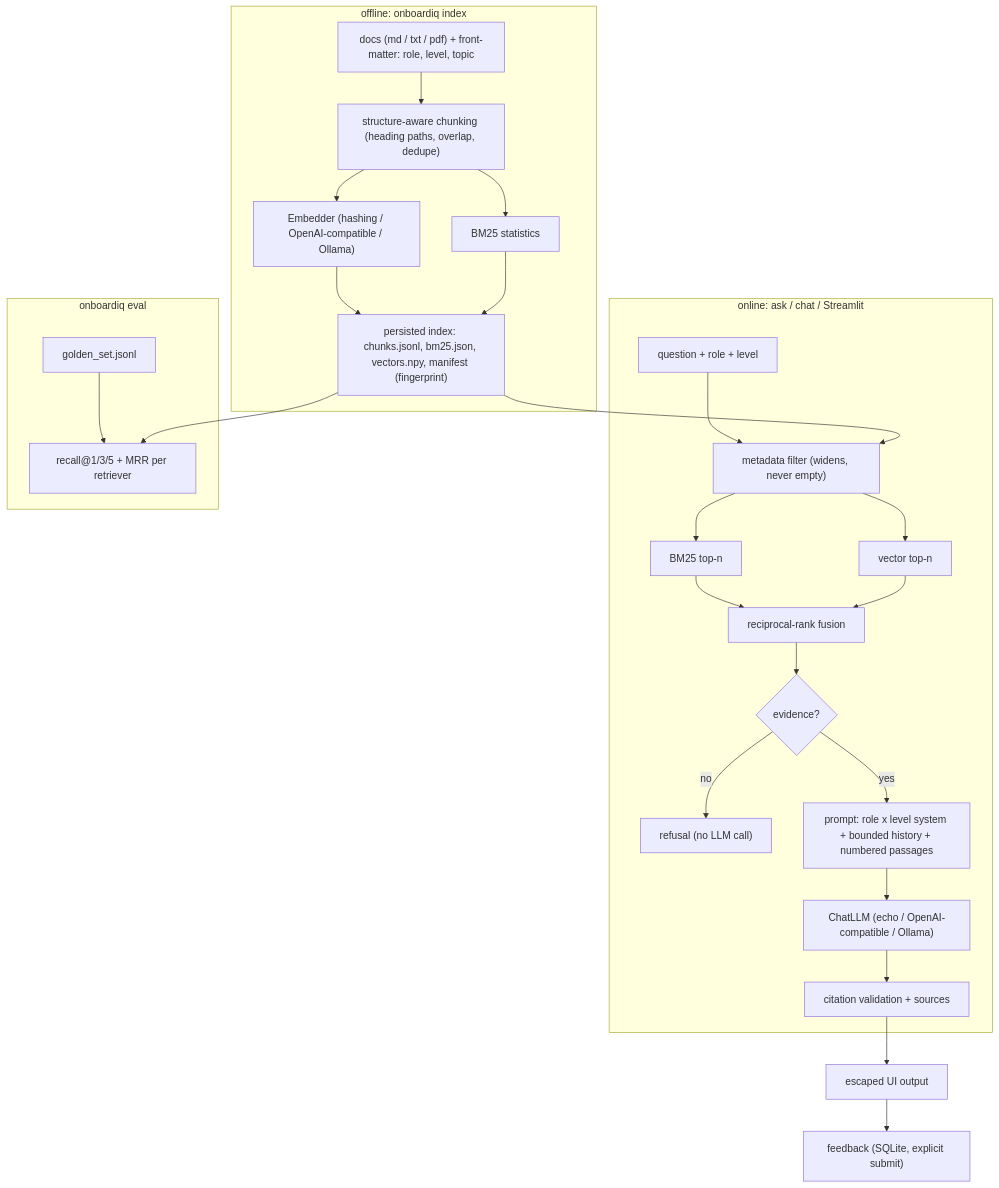
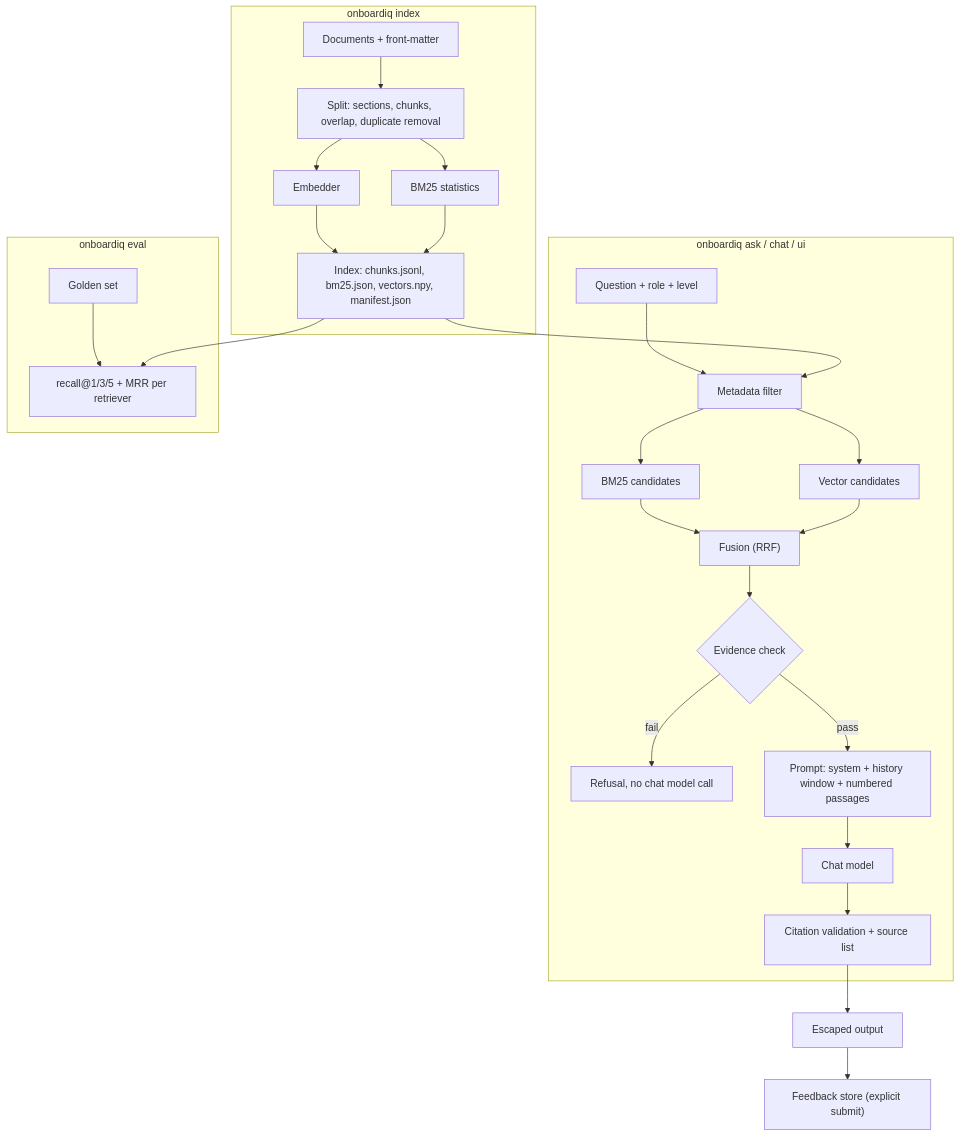
The third of 3 diagrams in README.md (KrishnaAnnavaram/onboardiq), drawn with Mermaid before and after one commit. The commit also changed other lines of this file and 3 other files, not shown here.

````diff
--- a/README.md
+++ b/README.md
@@ -23,29 +226,29 @@
 ```mermaid
 flowchart TB
-  subgraph ingest["offline: onboardiq index"]
-    D["docs (md / txt / pdf) + front-matter: role, level, topic"] --> C["structure-aware chunking (heading paths, overlap, dedupe)"]
-    C --> E["Embedder (hashing / OpenAI-compatible / Ollama)"]
-    C --> B["BM25 statistics"]
-    E --> S["persisted index: chunks.jsonl, bm25.json, vectors.npy, manifest (fingerprint)"]
-    B --> S
-  end
-  subgraph online["online: ask / chat / Streamlit"]
-    Q["question + role + level"] --> F["metadata filter (widens, never empty)"]
-    S --> F
-    F --> R1["BM25 top-n"]
-    F --> R2["vector top-n"]
-    R1 --> RRF["reciprocal-rank fusion"]
-    R2 --> RRF
-    RRF --> EV{"evidence?"}
-    EV -->|"no"| REF["refusal (no LLM call)"]
-    EV -->|"yes"| P["prompt: role x level system + bounded history + numbered passages"]
-    P --> L["ChatLLM (echo / OpenAI-compatible / Ollama)"]
-    L --> CIT["citation validation + sources"]
-  end
-  CIT --> UI["escaped UI output"]
-  UI --> FB["feedback (SQLite, explicit submit)"]
-  subgraph evaluation["onboardiq eval"]
-    G["golden_set.jsonl"] --> M["recall@1/3/5 + MRR per retriever"]
-  end
-  S --> M
+    subgraph build["onboardiq index"]
+        D["Documents + front-matter"] --> S["Split: sections, chunks, overlap, duplicate removal"]
+        S --> EMB["Embedder"]
+        S --> BM["BM25 statistics"]
+        EMB --> IDX["Index: chunks.jsonl, bm25.json, vectors.npy, manifest.json"]
+        BM --> IDX
+    end
+    subgraph answer["onboardiq ask / chat / ui"]
+        Q["Question + role + level"] --> FIL["Metadata filter"]
+        IDX --> FIL
+        FIL --> L["BM25 candidates"]
+        FIL --> V["Vector candidates"]
+        L --> RRF["Fusion (RRF)"]
+        V --> RRF
+        RRF --> EV{"Evidence check"}
+        EV -->|"fail"| REF["Refusal, no chat model call"]
+        EV -->|"pass"| P["Prompt: system + history window + numbered passages"]
+        P --> LLM["Chat model"]
+        LLM --> CIT["Citation validation + source list"]
+    end
+    CIT --> UI["Escaped output"]
+    UI --> FBK["Feedback store (explicit submit)"]
+    subgraph evaluation["onboardiq eval"]
+        GS["Golden set"] --> M["recall@1/3/5 + MRR per retriever"]
+    end
+    IDX --> M
 ```
````
